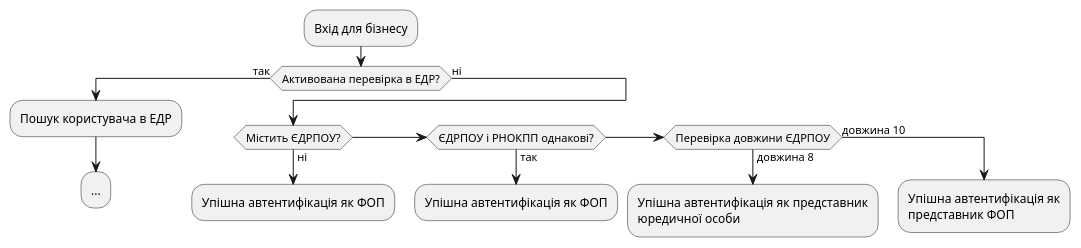
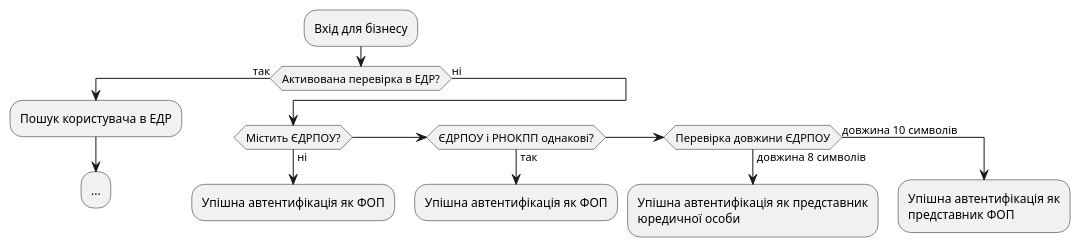
The diagram in modules/arch/pages/architecture-workspace/platform-evolution/edr-check-for-business-login.adoc (epam/edp-ddm-architecture), drawn with PlantUML before and after one commit. The commit also changed other lines of this file and 2 other files, not shown here.

```diff
--- a/modules/arch/pages/architecture-workspace/platform-evolution/edr-check-for-business-login.adoc
+++ b/modules/arch/pages/architecture-workspace/platform-evolution/edr-check-for-business-login.adoc
@@ -24,24 +26,24 @@
 [plantuml, flow, svg]
 ----
 :Вхід для бізнесу;
 if (Активована перевірка в ЕДР?) then (так)
 :Пошук користувача в ЕДР;
 :...;
 kill
 else (ні)
     if (Містить ЄДРПОУ?) then (ні)
         :Упішна автентифікація як ФОП;
         kill
     elseif  (ЄДРПОУ і РНОКПП однакові?) then (так)
          :Упішна автентифікація як ФОП;
         kill
-    elseif (Перевірка довжини ЄДРПОУ) then (довжина 8)
+    elseif (Перевірка довжини ЄДРПОУ) then (довжина 8 символів)
         :Упішна автентифікація як представник\nюредичної особи;
         kill
-    else (довжина 10)
+    else (довжина 10 символів)
         :Упішна автентифікація як\nпредставник ФОП;
         kill
     endif
 endif
 
 ----
```
